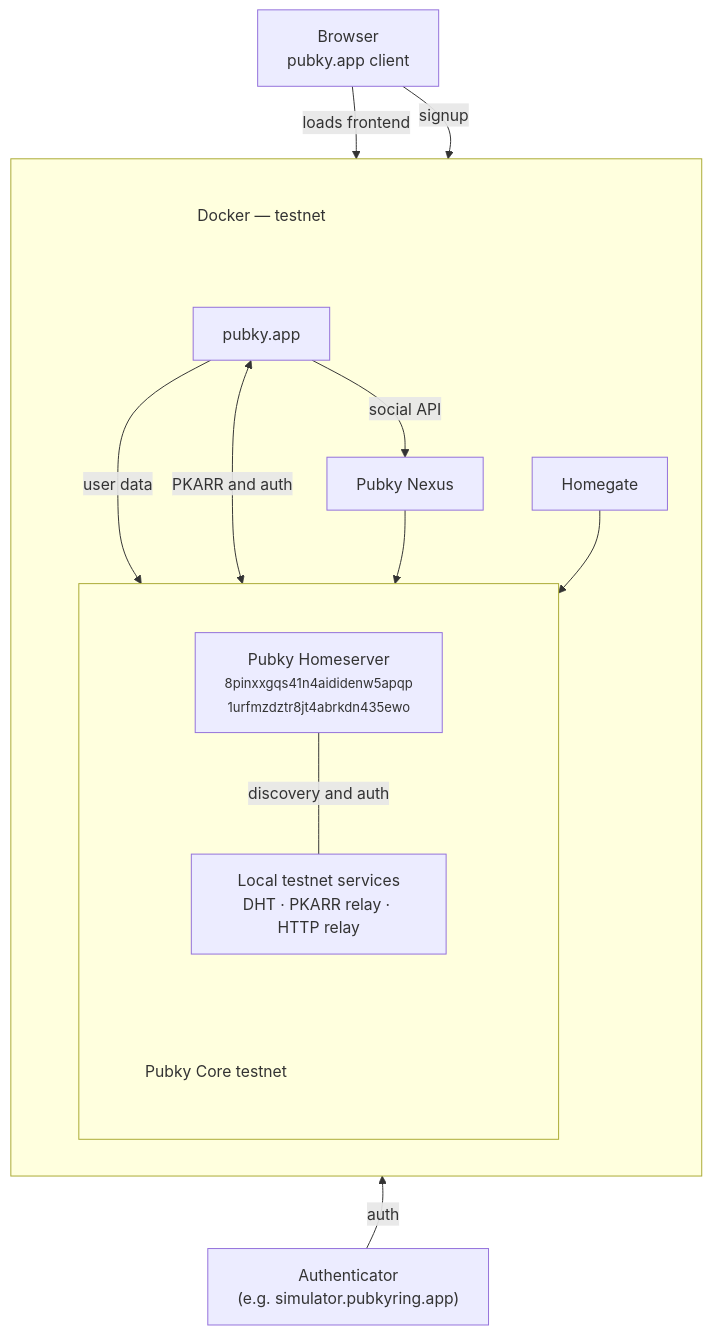
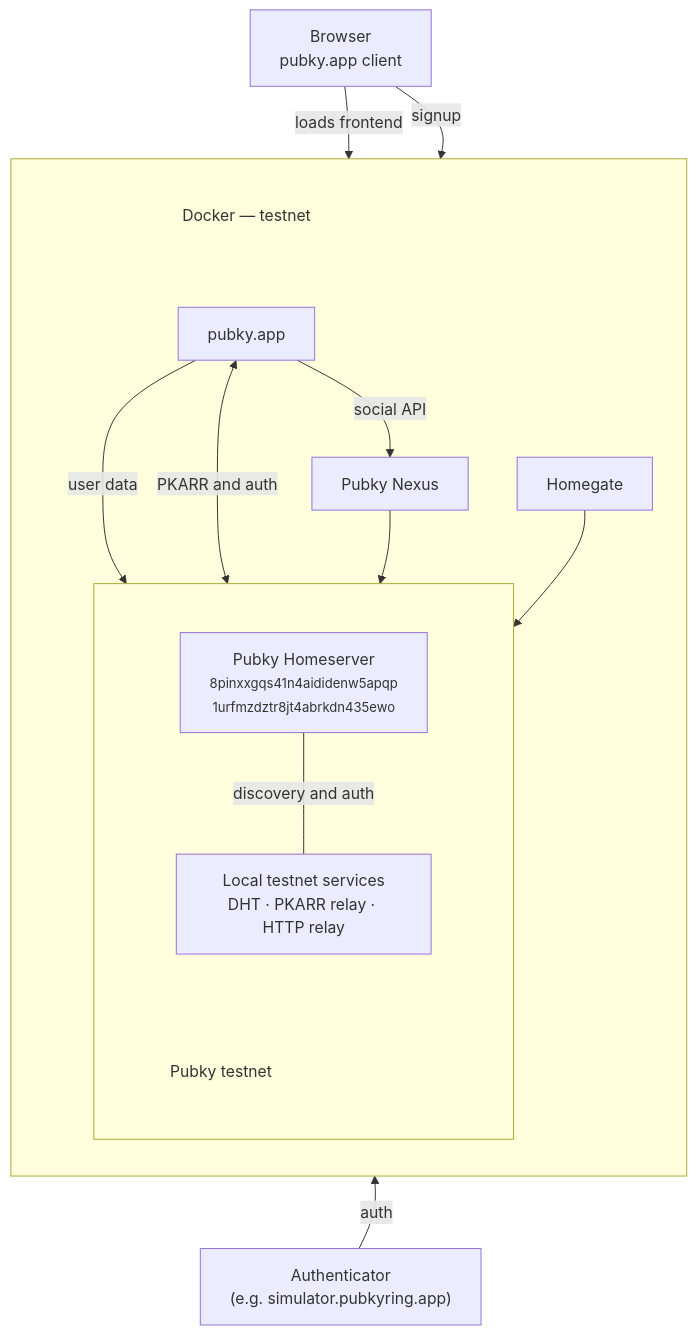
The diagram in src/content/docs/explore/technologies/pubky-docker.md (pubky/pubky-knowledge-base-v2), drawn with Mermaid before and after one commit. The commit also changed other lines of this file and 58 other files, not shown here.

Commit message:
feat: Remove references to Pubky Core. Replace with Pubky Protocol where relevant

````diff
--- a/src/content/docs/explore/technologies/pubky-docker.md
+++ b/src/content/docs/explore/technologies/pubky-docker.md
@@ -17,39 +17,39 @@
 ```mermaid
 flowchart TB
     Browser["Browser<br/>pubky.app client"]
 
     subgraph Stack[" "]
         direction TB
         StackLabel@{ shape: text, label: "Docker — testnet" }
         App["pubky.app"]
         Nexus["Pubky Nexus"]
         Homegate["Homegate"]
 
         subgraph PubkyDockerTestnet[" "]
             direction TB
             Homeserver["Pubky Homeserver<br/><small>8pinxxgqs41n4aididenw5apqp<br/>1urfmzdztr8jt4abrkdn435ewo</small>"]
             Services["Local testnet services<br/>DHT · PKARR relay · HTTP relay"]
-            TestnetLabel@{ shape: text, label: "Pubky Core testnet" }
-            TestnetSpacer@{ shape: text, label: "Pubky Core testnet" }
+            TestnetLabel@{ shape: text, label: "Pubky testnet" }
+            TestnetSpacer@{ shape: text, label: "Pubky testnet" }
         end
 
         style TestnetSpacer color:transparent
         StackLabel ~~~ App
         App -->|social API| Nexus
         App -->|user data| Homeserver
         App <-->|PKARR and auth| Services
         Nexus --> Homeserver
         Homegate --> Homeserver
         Homeserver ---|discovery and auth| Services
         Services ~~~ TestnetLabel
         Services ~~~ TestnetSpacer
     end
 
     Authenticator["Authenticator<br/>(e.g.&nbsp;simulator.pubkyring.app)"]
     Browser ~~~ StackLabel
     Browser -->|loads frontend| App
     Browser -->|signup| Homegate
     TestnetLabel ~~~ Authenticator
     TestnetSpacer ~~~ Authenticator
     Authenticator -->|auth| Services
 ```
````
